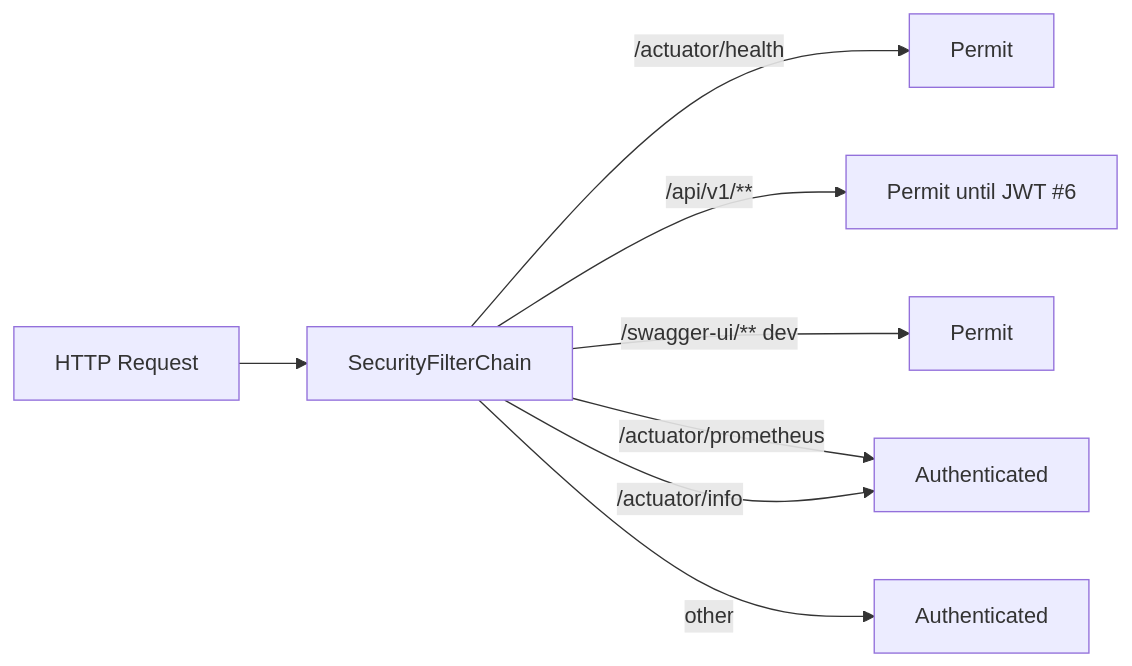
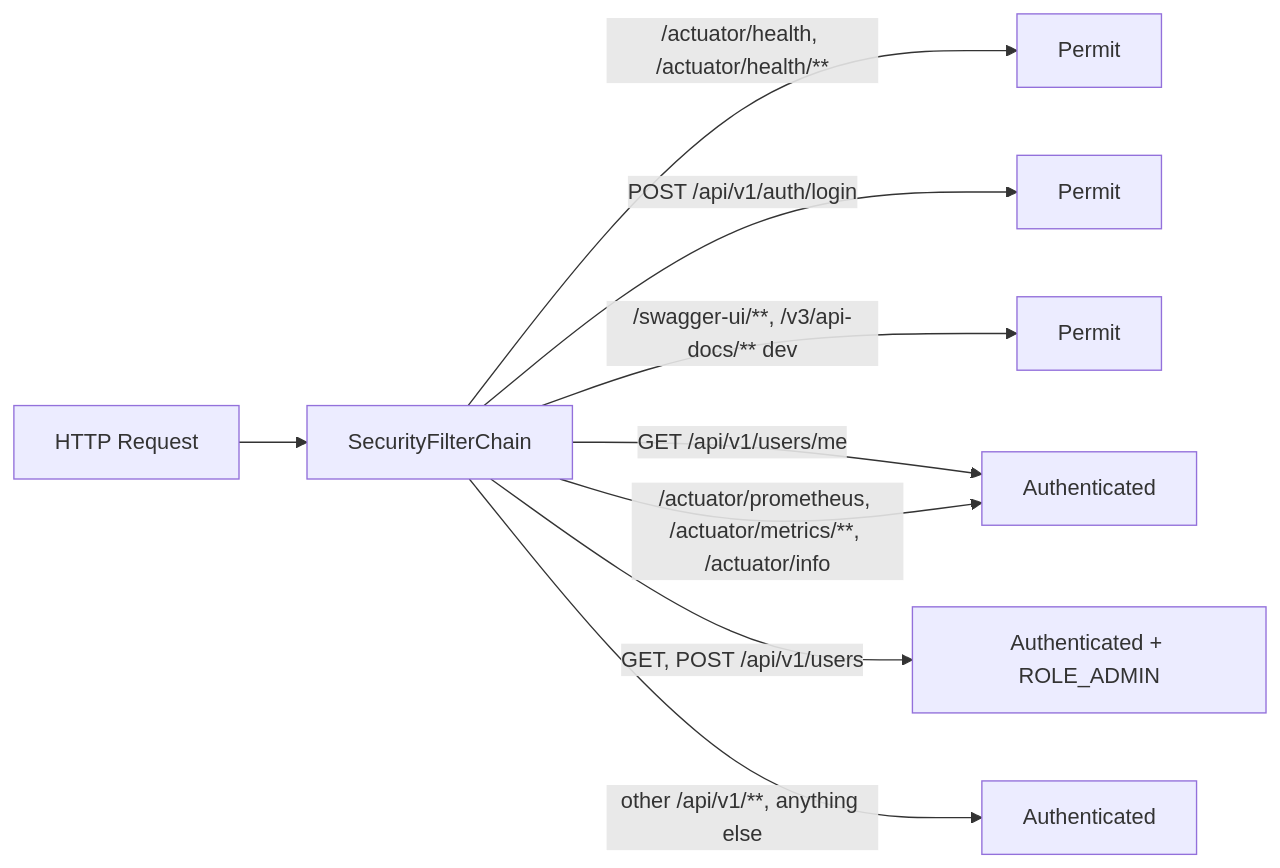
The fourth of 5 diagrams in docs/architecture.md (KleilsonSantos/VaultSpring), drawn with Mermaid before and after one commit. The commit also changed other lines of this file, not shown here.

First line of the commit message:
docs(architecture): align security model with SecurityConfig and JWT

````diff
--- a/docs/architecture.md
+++ b/docs/architecture.md
@@ -102,10 +113,11 @@
 ```mermaid
 flowchart LR
   REQ[HTTP Request] --> SEC[SecurityFilterChain]
-  SEC -->|/actuator/health| PUB1[Permit]
-  SEC -->|/api/v1/**| PUB2[Permit until JWT #6]
-  SEC -->|/swagger-ui/** dev| PUB3[Permit]
-  SEC -->|/actuator/prometheus| AUTH[Authenticated]
-  SEC -->|/actuator/info| AUTH
-  SEC -->|other| AUTH2[Authenticated]
+  SEC -->|/actuator/health, /actuator/health/**| PUB1[Permit]
+  SEC -->|POST /api/v1/auth/login| PUB2[Permit]
+  SEC -->|/swagger-ui/**, /v3/api-docs/** dev| PUB3[Permit]
+  SEC -->|GET /api/v1/users/me| AUTH[Authenticated]
+  SEC -->|GET, POST /api/v1/users| ADMIN[Authenticated + ROLE_ADMIN]
+  SEC -->|/actuator/prometheus, /actuator/metrics/**, /actuator/info| AUTH
+  SEC -->|other /api/v1/**, anything else| AUTH2[Authenticated]
 ```
````
